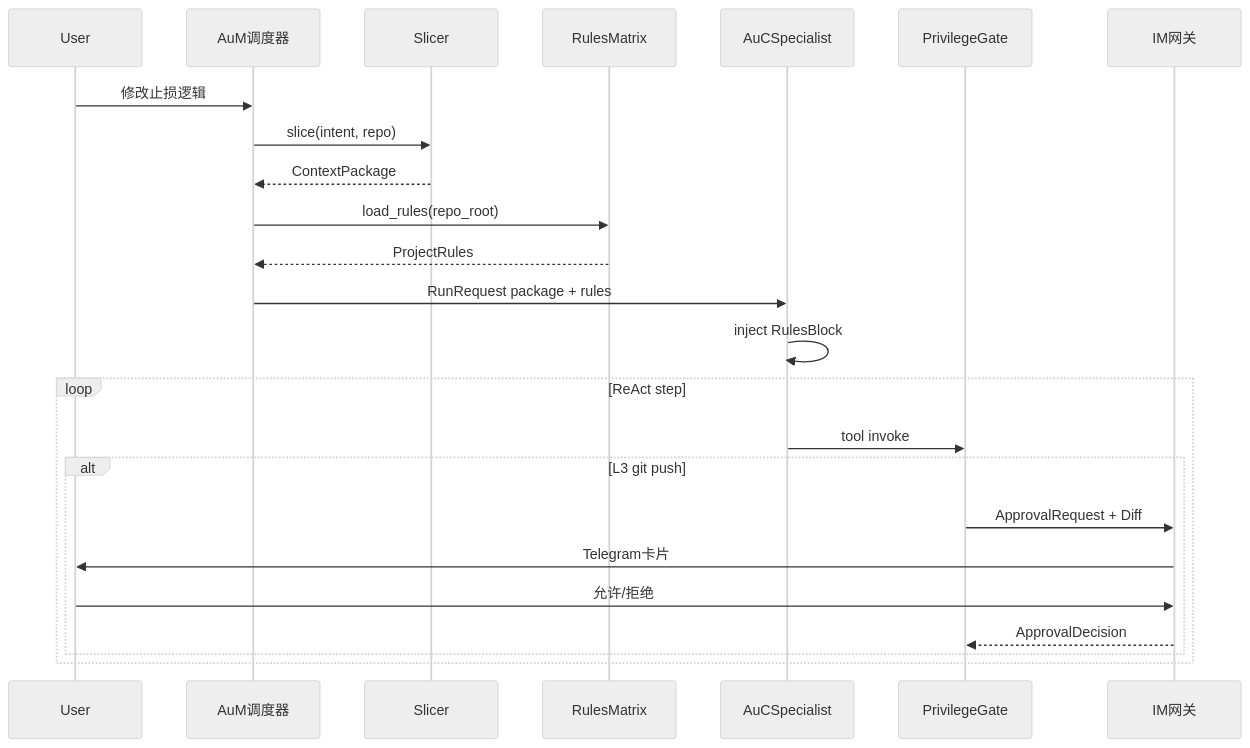
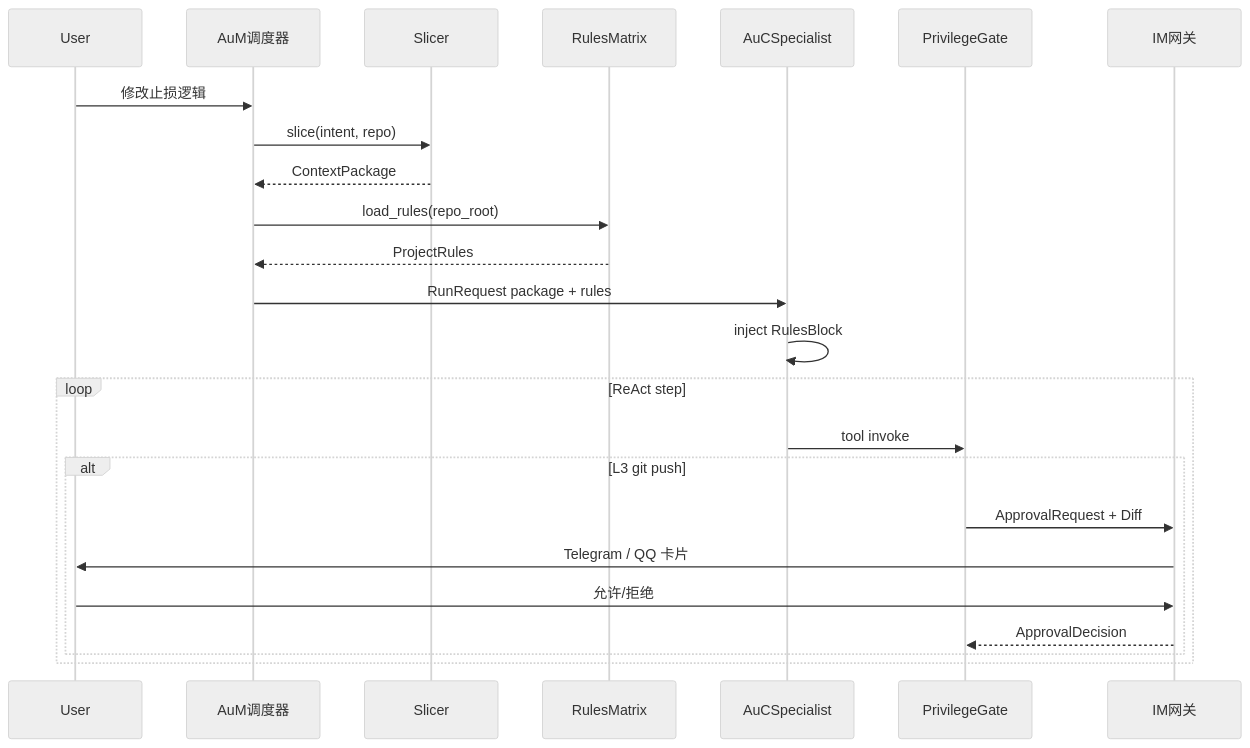
One commit to ufy2024/AuC changed the first of 2 diagrams in docs/aum-integration.md. Above: the diagram before and after it, drawn with Mermaid (neutral theme). The commit also changed other lines of this file and 98 other files, not shown here.

````diff
--- a/docs/aum-integration.md
+++ b/docs/aum-integration.md
@@ -47,27 +47,27 @@
 ```mermaid
 sequenceDiagram
   participant U as User
   participant M as AuM调度器
   participant SL as Slicer
   participant RL as RulesMatrix
   participant A as AuCSpecialist
   participant G as PrivilegeGate
   participant IM as IM网关
 
   U->>M: 修改止损逻辑
   M->>SL: slice(intent, repo)
   SL-->>M: ContextPackage
   M->>RL: load_rules(repo_root)
   RL-->>M: ProjectRules
   M->>A: RunRequest package + rules
   A->>A: inject RulesBlock
   loop ReAct step
     A->>G: tool invoke
     alt L3 git push
       G->>IM: ApprovalRequest + Diff
-      IM->>U: Telegram卡片
+      IM->>U: Telegram / QQ 卡片
       U->>IM: 允许/拒绝
       IM-->>G: ApprovalDecision
     end
   end
 ```
````
